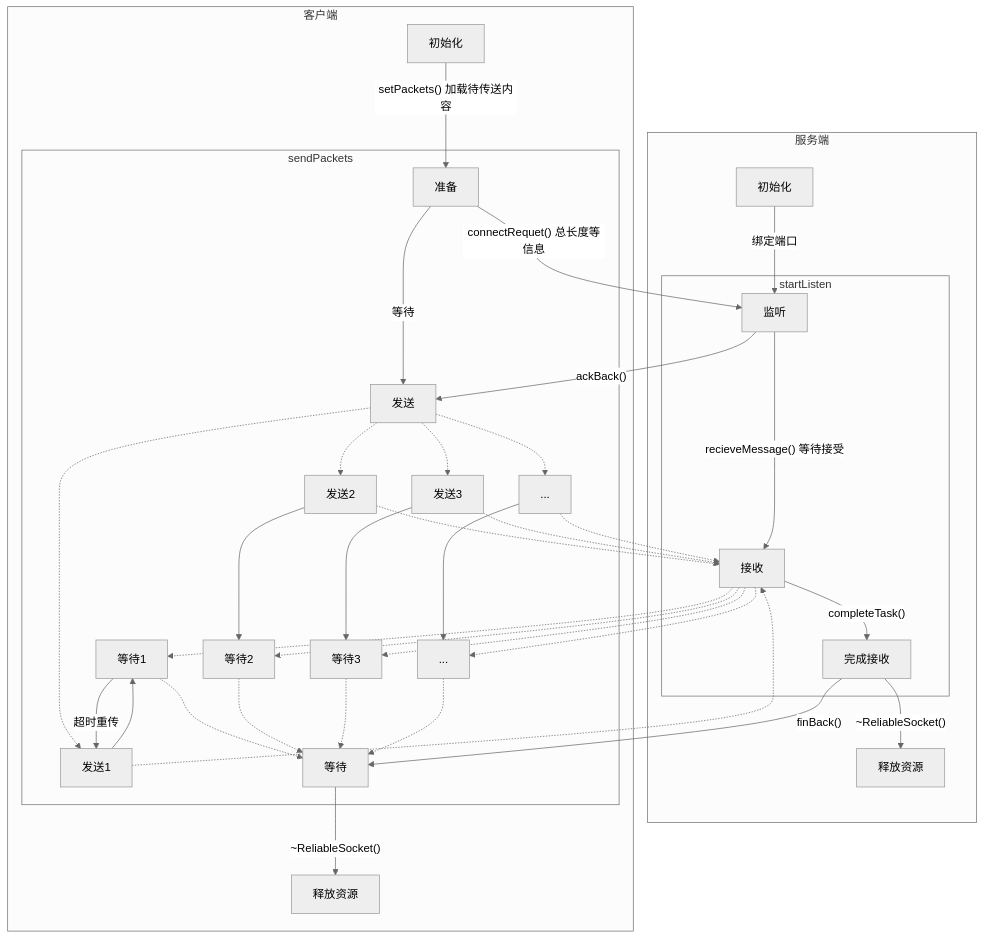
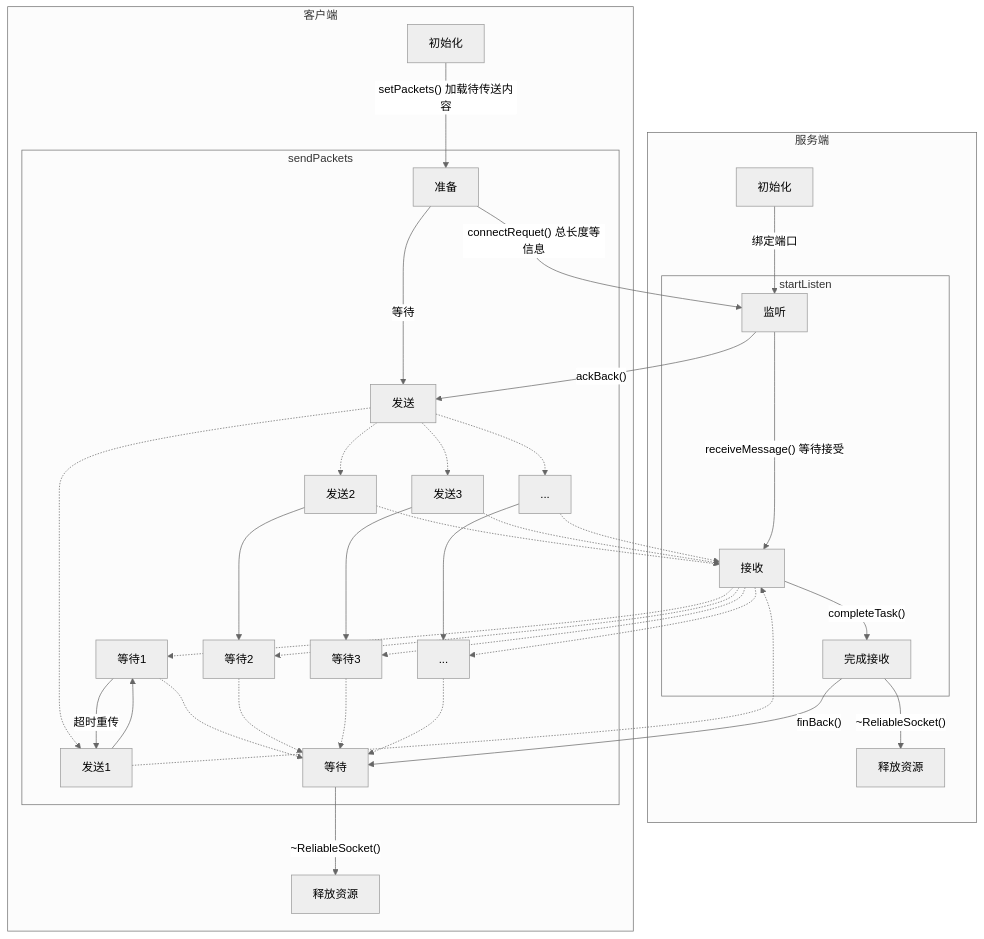
The diagram in MermaidGraph/ReliableSocket.mmd (shesl-meow/TlsUdpProtocol), drawn with Mermaid (neutral theme) before and after one commit. The commit also changed 8 other files, not shown here.

```diff
--- a/MermaidGraph/ReliableSocket.mmd
+++ b/MermaidGraph/ReliableSocket.mmd
@@ -1,36 +1,36 @@
 graph TD;
 
 subgraph 服务端
 	SvSt1["初始化"]; SvSt1-->|"绑定端口"|SvSt2;
 	subgraph startListen
-        SvSt2["监听"]; SvSt2-->|"recieveMessage() 等待接受"|SvSt3
+        SvSt2["监听"]; SvSt2-->|"receiveMessage() 等待接受"|SvSt3
         SvSt3["接收"]; SvSt3-->|"completeTask()"|SvSt4
         SvSt4["完成接收"];
     end
     SvSt4-->|"~ReliableSocket()"|SvSt5
     SvSt5["释放资源"]
 end
 
 subgraph 客户端
 	ClSt1["初始化"];
 	ClSt1-->|"setPackets() 加载待传送内容"|ClSt2
 	subgraph sendPackets
         ClSt2["准备"];
         ClSt2-->|等待|ClSt3
         ClSt3["发送"]; ClSt4["发送1"]; ClSt5["发送2"]; ClSt6["发送3"]; ClSt7["..."];
         ClSt8["等待1"]; ClSt9["等待2"]; ClSt10["等待3"]; ClSt11["..."]
         ClSt3-.->ClSt4; ClSt3-.->ClSt5; ClSt3-.->ClSt6; ClSt3-.->ClSt7;
         ClSt4-->ClSt8; ClSt5-->ClSt9; ClSt6-->ClSt10; ClSt7-->ClSt11;
         ClSt8-->|"超时重传"|ClSt4;
         ClSt8-.->ClSt12; ClSt9-.->ClSt12; ClSt10-.->ClSt12; ClSt11-.->ClSt12;
         ClSt12["等待"];
 	end
 	ClSt12-->|"~ReliableSocket()"|ClSt13
     ClSt13["释放资源"];
 end
 
 ClSt2-->|"connectRequet() 总长度等信息"|SvSt2
 SvSt2-->|"ackBack()"|ClSt3
 ClSt4-.->SvSt3; ClSt5-.->SvSt3; ClSt6-.->SvSt3; ClSt7-.->SvSt3;
 SvSt3-.->ClSt8; SvSt3-.->ClSt9; SvSt3-.->ClSt10; SvSt3-.->ClSt11;
 SvSt4-->|"finBack()"|ClSt12
```
